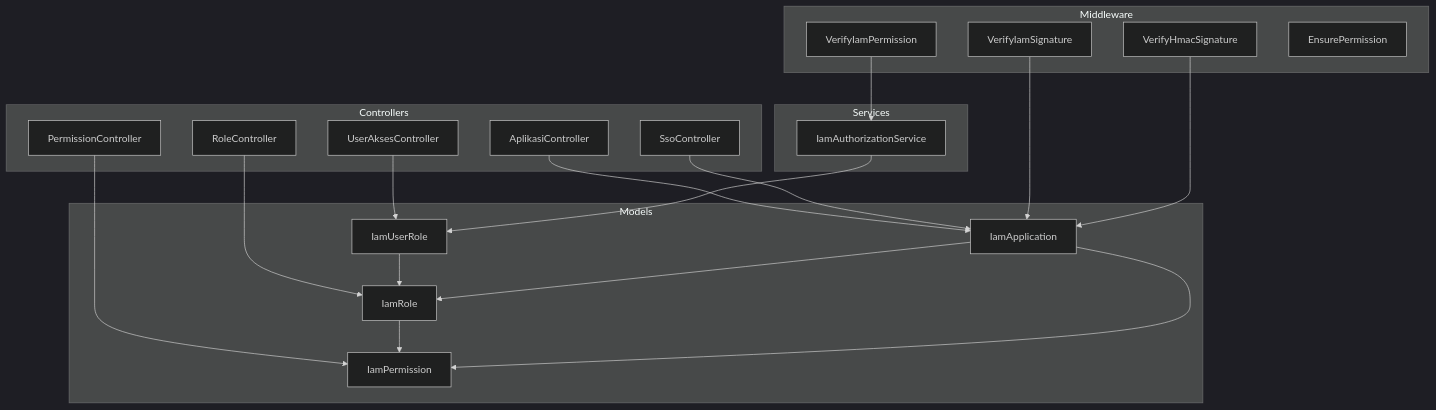
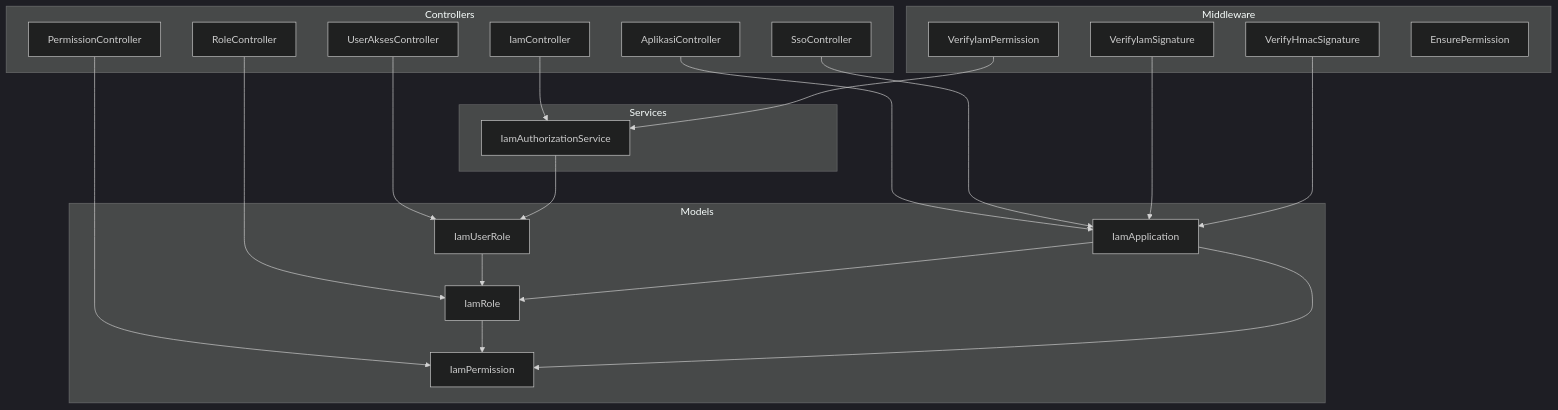
One commit to PA-Penajam/kepegawaian_apps changed the first of 9 diagrams in .qoder/repowiki/en/content/Identity and Access Management (IAM)/Identity and Access Management (IAM).md. Above: the diagram before and after it, drawn with Mermaid (dark theme). The commit also changed other lines of this file and 22 other files, not shown here.

````diff
--- a/.qoder/repowiki/en/content/Identity and Access Management (IAM)/Identity and Access Management (IAM).md
+++ b/.qoder/repowiki/en/content/Identity and Access Management (IAM)/Identity and Access Management (IAM).md
@@ -40,38 +49,40 @@
 ```mermaid
 graph TB
 subgraph "Controllers"
 AC["AplikasiController"]
 RC["RoleController"]
 PC["PermissionController"]
 UAC["UserAksesController"]
 SSC["SsoController"]
+IC["IamController"]
 end
 subgraph "Middleware"
 VIM["VerifyIamSignature"]
 VHMAC["VerifyHmacSignature"]
 VIP["VerifyIamPermission"]
 EP["EnsurePermission"]
 end
 subgraph "Services"
 IAS["IamAuthorizationService"]
 end
 subgraph "Models"
 APP["IamApplication"]
 ROLE["IamRole"]
 PERM["IamPermission"]
 UROLE["IamUserRole"]
 end
 AC --> APP
 RC --> ROLE
 PC --> PERM
 UAC --> UROLE
 SSC --> APP
+IC --> IAS
 VIM --> APP
 VHMAC --> APP
 VIP --> IAS
 IAS --> UROLE
 UROLE --> ROLE
 ROLE --> PERM
 APP --> ROLE
 APP --> PERM
 ```
````
